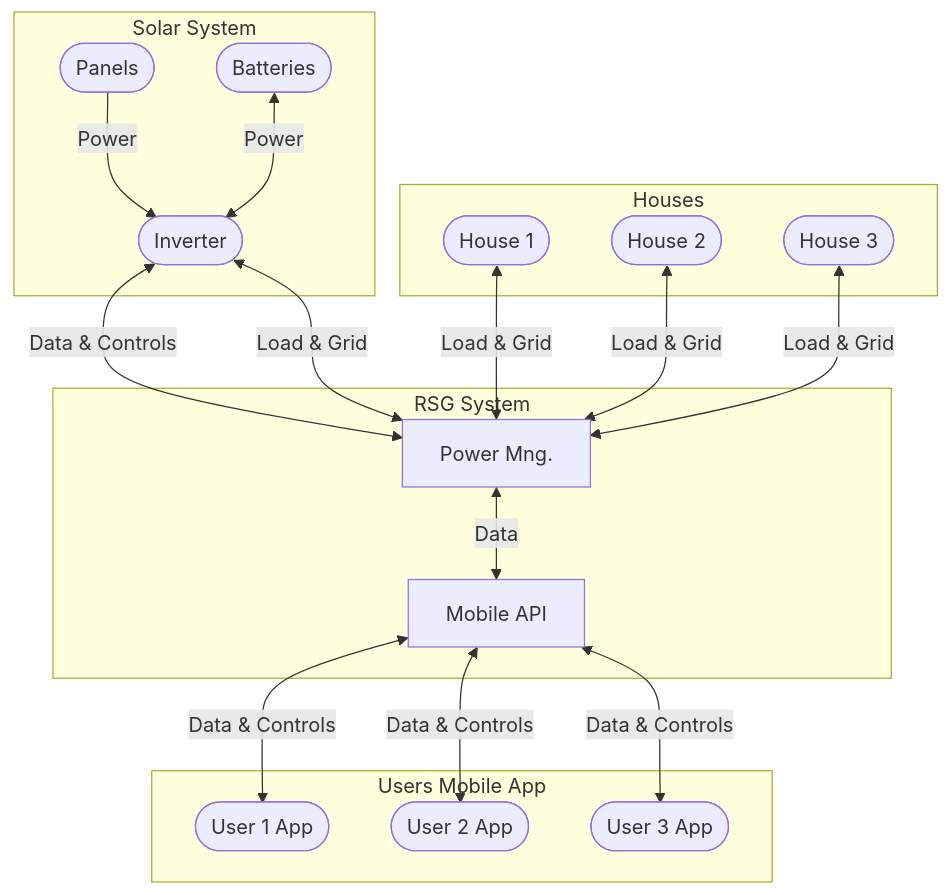
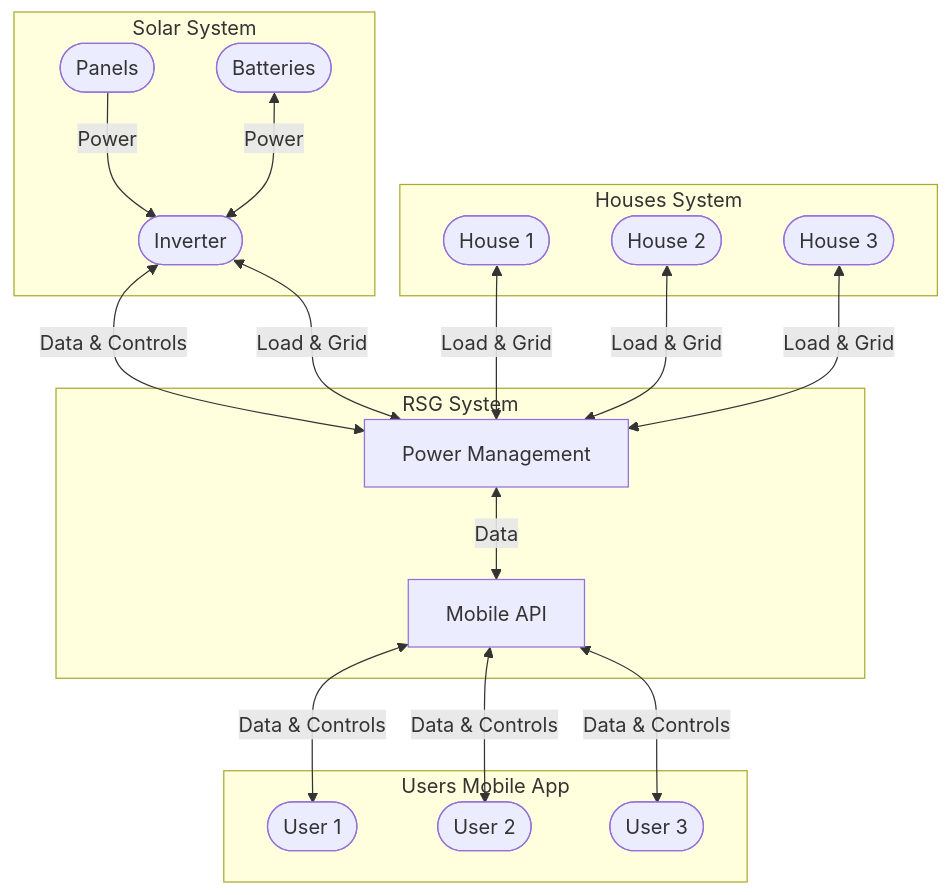
One commit to ezAldinWaez/residential-smart-grid-prototype changed the diagram in graphs/rsg_system_graph.mermaid. Above: the diagram before and after it, drawn with Mermaid. The commit also changed 8 other files, not shown here.

```diff
--- a/graphs/rsg_system_graph.mermaid
+++ b/graphs/rsg_system_graph.mermaid
@@ -1,34 +1,34 @@
 graph TB
   subgraph SS[Solar System]
     SS_P([Panels])
     SS_B([Batteries])
     SS_I([Inverter])
   end
 
   subgraph RSGS[RSG System]
-    RSGS_PM[Power Mng.]
+    RSGS_PM[Power Management]
     RSGS_MA[Mobile API]
   end
 
-  subgraph HS[Houses]
+  subgraph HS[Houses System]
     HS_H1([House 1])
     HS_H2([House 2])
     HS_H3([House 3])
   end
 
   subgraph UMA[Users Mobile App]
-    UMA_U1([User 1 App])
-    UMA_U2([User 2 App])
-    UMA_U3([User 3 App])
+    UMA_U1([User 1])
+    UMA_U2([User 2])
+    UMA_U3([User 3])
   end
 
   SS_P --Power--> SS_I
   SS_B <--Power--> SS_I
 
   SS_I <--Data & Controls--> RSGS_PM
   SS_I <--Load & Grid--> RSGS_PM
 
   HS_H1 & HS_H2 & HS_H3 <--Load & Grid--> RSGS_PM
 
   RSGS_PM <--Data--> RSGS_MA
   RSGS_MA <--Data & Controls--> UMA_U1 & UMA_U2 & UMA_U3
```
